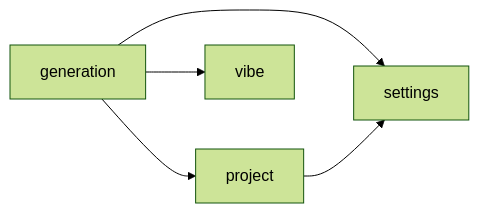
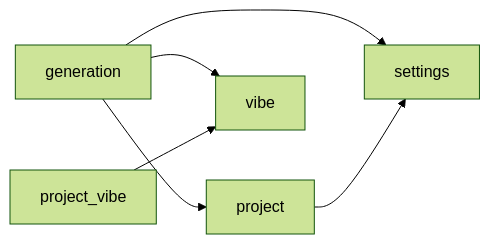
Before and after one commit to nkdk9315/NovelAI-desktop-app: the second of 3 diagrams in docs/architecture/ARCHITECTURE.md, drawn with Mermaid (forest theme). The commit also changed other lines of this file and 56 other files, not shown here.

First line of the commit message:
feat: enhance Vibe UX with thumbnails, project association, encoding, and preset management

````diff
--- a/docs/architecture/ARCHITECTURE.md
+++ b/docs/architecture/ARCHITECTURE.md
@@ -117,7 +118,8 @@
 ```mermaid
 graph LR
     generation --> project
     generation --> vibe
     generation --> settings
     project --> settings
+    project_vibe --> vibe
 ```
````
